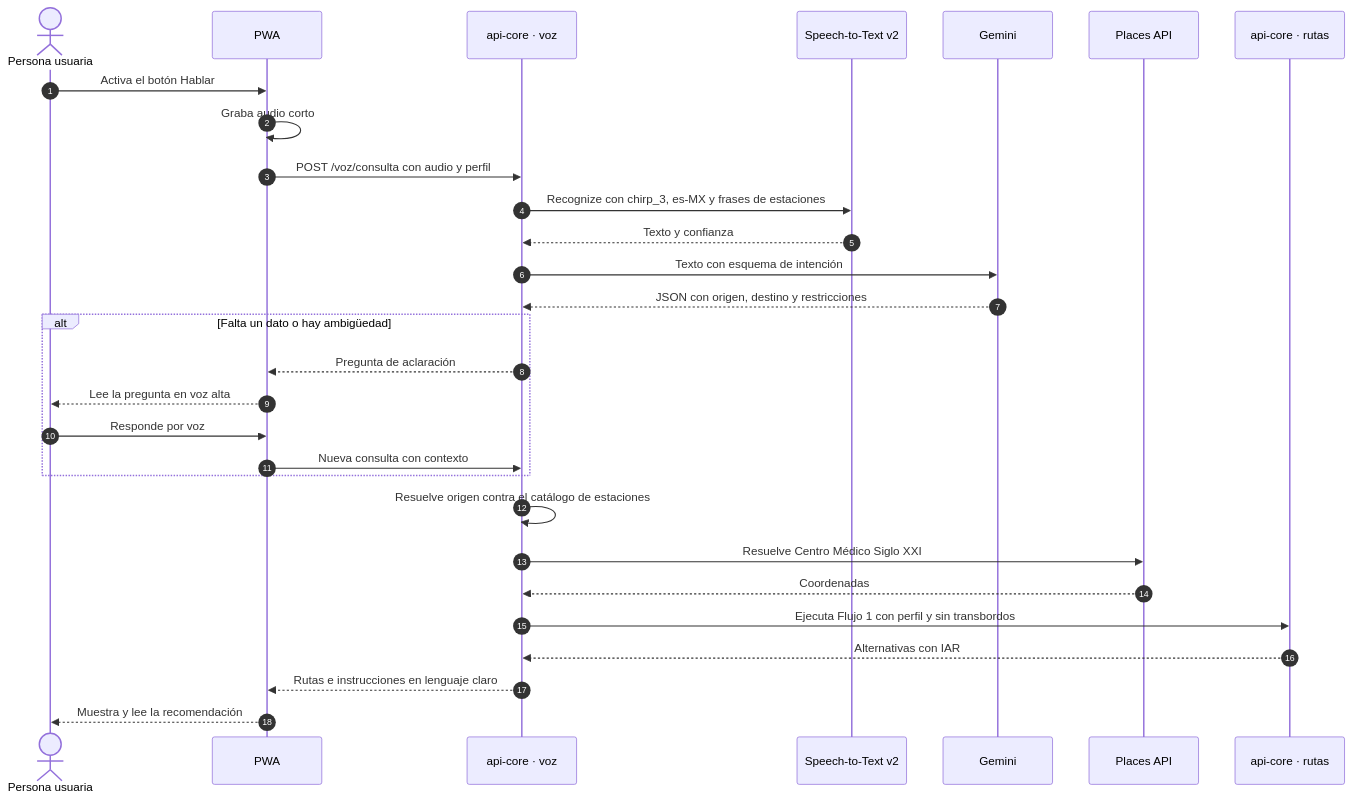
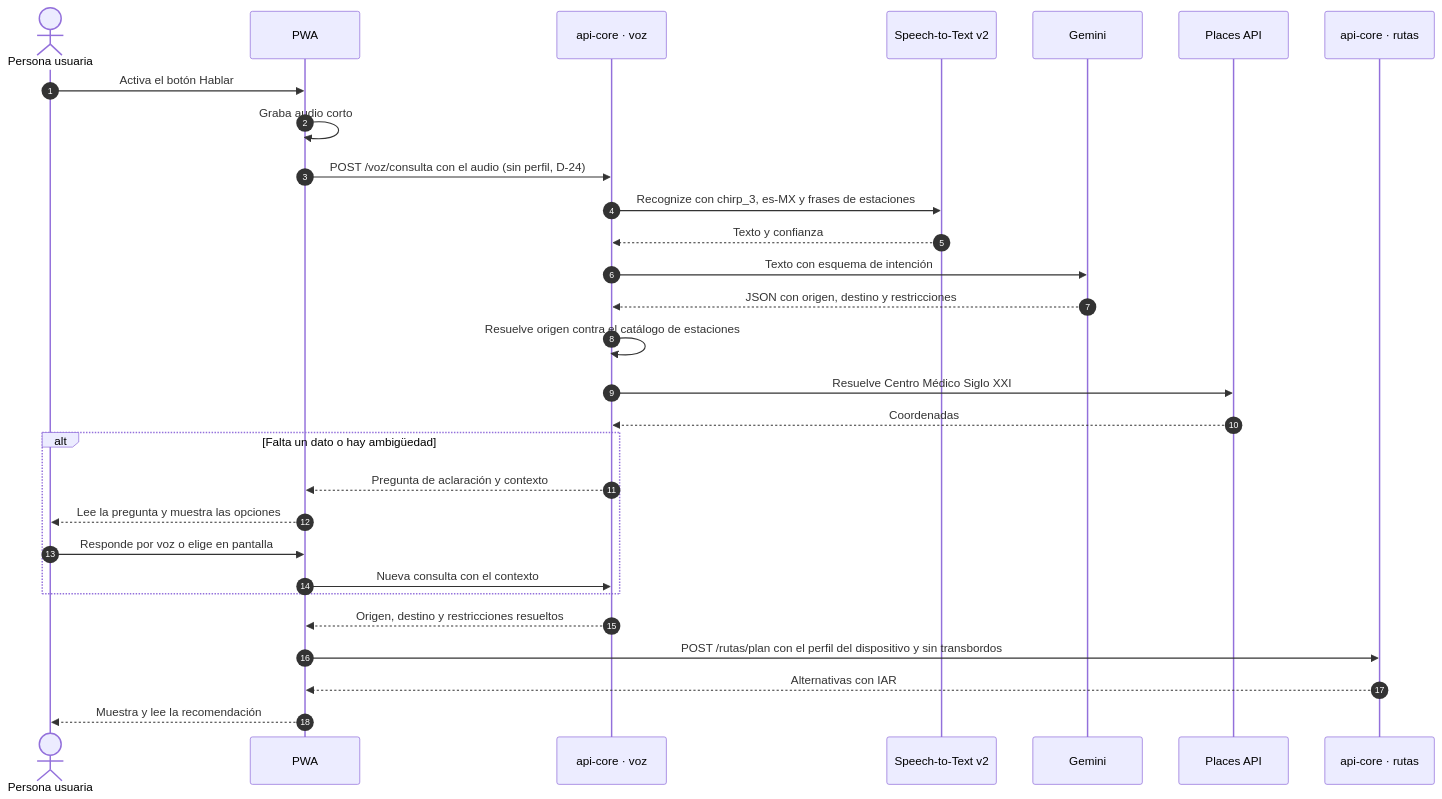
The third of 4 diagrams in docs/arquitectura/06-flujos.md (Abraham-Buenrostro-Cruces/M-IA), drawn with Mermaid before and after one commit. The commit also changed other lines of this file and 21 other files, not shown here.

````diff
--- a/docs/arquitectura/06-flujos.md
+++ b/docs/arquitectura/06-flujos.md
@@ -149,32 +149,32 @@
 ```mermaid
 sequenceDiagram
   autonumber
   actor U as Persona usuaria
   participant PWA as PWA
   participant API as api-core · voz
   participant STT as Speech-to-Text v2
   participant GEM as Gemini
   participant PL as Places API
   participant RUT as api-core · rutas
 
   U->>PWA: Activa el botón Hablar
   PWA->>PWA: Graba audio corto
-  PWA->>API: POST /voz/consulta con audio y perfil
+  PWA->>API: POST /voz/consulta con el audio (sin perfil, D-24)
   API->>STT: Recognize con chirp_3, es-MX y frases de estaciones
   STT-->>API: Texto y confianza
   API->>GEM: Texto con esquema de intención
   GEM-->>API: JSON con origen, destino y restricciones
-  alt Falta un dato o hay ambigüedad
-    API-->>PWA: Pregunta de aclaración
-    PWA-->>U: Lee la pregunta en voz alta
-    U->>PWA: Responde por voz
-    PWA->>API: Nueva consulta con contexto
-  end
   API->>API: Resuelve origen contra el catálogo de estaciones
   API->>PL: Resuelve Centro Médico Siglo XXI
   PL-->>API: Coordenadas
-  API->>RUT: Ejecuta Flujo 1 con perfil y sin transbordos
-  RUT-->>API: Alternativas con IAR
-  API-->>PWA: Rutas e instrucciones en lenguaje claro
+  alt Falta un dato o hay ambigüedad
+    API-->>PWA: Pregunta de aclaración y contexto
+    PWA-->>U: Lee la pregunta y muestra las opciones
+    U->>PWA: Responde por voz o elige en pantalla
+    PWA->>API: Nueva consulta con el contexto
+  end
+  API-->>PWA: Origen, destino y restricciones resueltos
+  PWA->>RUT: POST /rutas/plan con el perfil del dispositivo y sin transbordos
+  RUT-->>PWA: Alternativas con IAR
   PWA-->>U: Muestra y lee la recomendación
 ```
````
